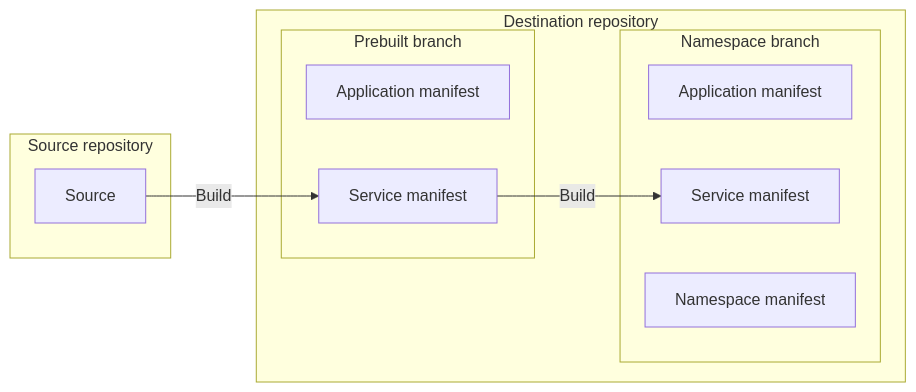
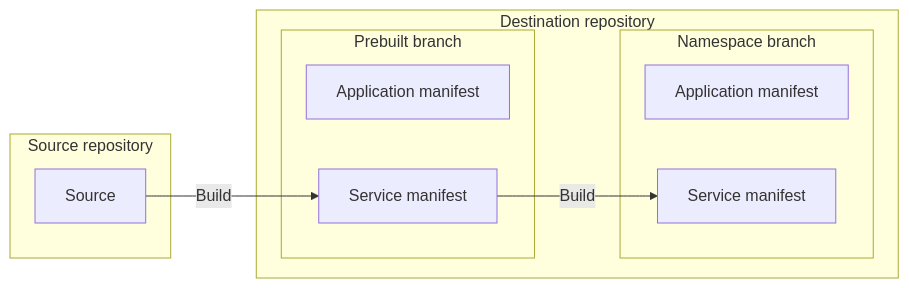
The diagram in bootstrap-pull-request/README.md (quipper/monorepo-deploy-actions), drawn with Mermaid before and after one commit. The commit also changed other lines of this file and 7 other files, not shown here.

Commit message:
Remove namespace-manifest (bootstrap-pull-request) (#2043)

````diff
--- a/bootstrap-pull-request/README.md
+++ b/bootstrap-pull-request/README.md
@@ -6,18 +6,17 @@
 ```mermaid
 graph LR
   subgraph Source repository
     Source[Source]
   end
   subgraph Destination repository
     subgraph Prebuilt branch
       PrebuiltApplicationManifest[Application manifest]
       Source --Build--> PrebuiltServiceManifest[Service manifest]
     end
     subgraph Namespace branch
       ApplicationManifest[Application manifest]
       ServiceManifest[Service manifest]
-      NamespaceManifest[Namespace manifest]
     end
   end
   PrebuiltServiceManifest --Build--> ServiceManifest
 ```
````
